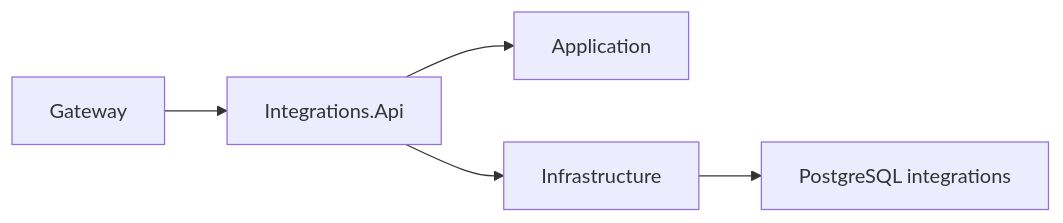
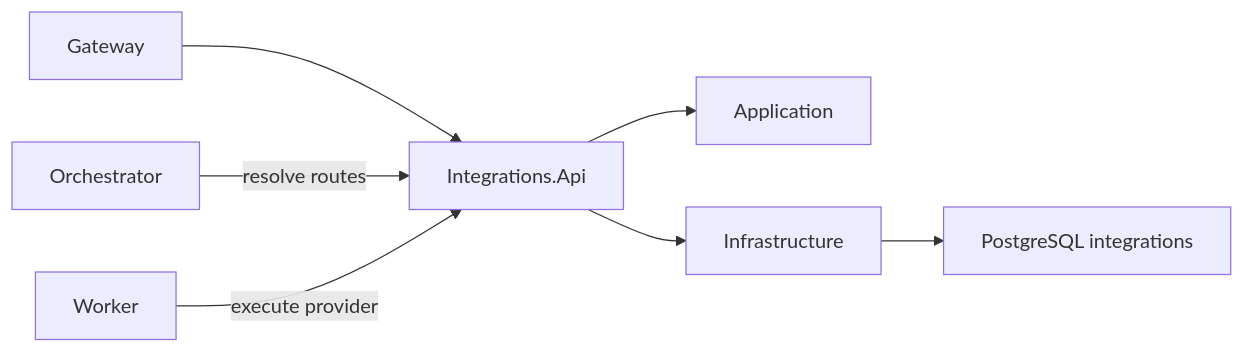
One commit to SqeeZarion/AiControlCenter changed the diagram in src/Services/Integrations/README.md. Above: the diagram before and after it, drawn with Mermaid. The commit also changed other lines of this file and 15 other files, not shown here.

````diff
--- a/src/Services/Integrations/README.md
+++ b/src/Services/Integrations/README.md
@@ -5,7 +5,9 @@
 ```mermaid
 flowchart LR
     Gateway --> Api["Integrations.Api"]
     Api --> Application
     Api --> Infrastructure
     Infrastructure --> Db["PostgreSQL integrations"]
+    Orchestrator -->|"resolve routes"| Api
+    Worker -->|"execute provider"| Api
 ```
````
